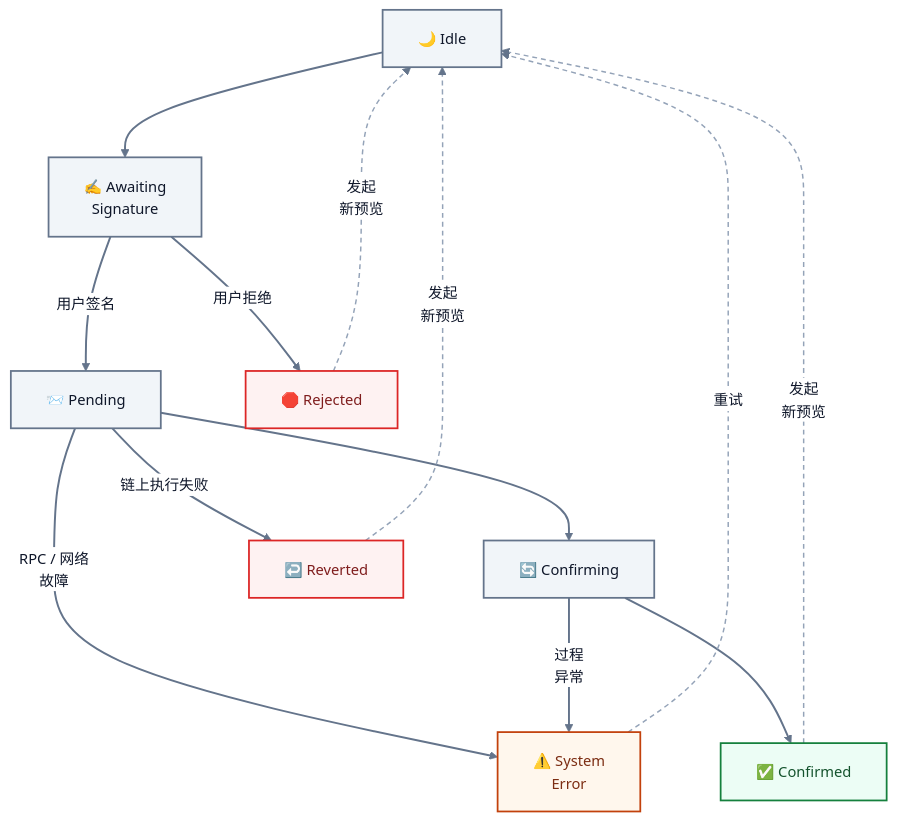
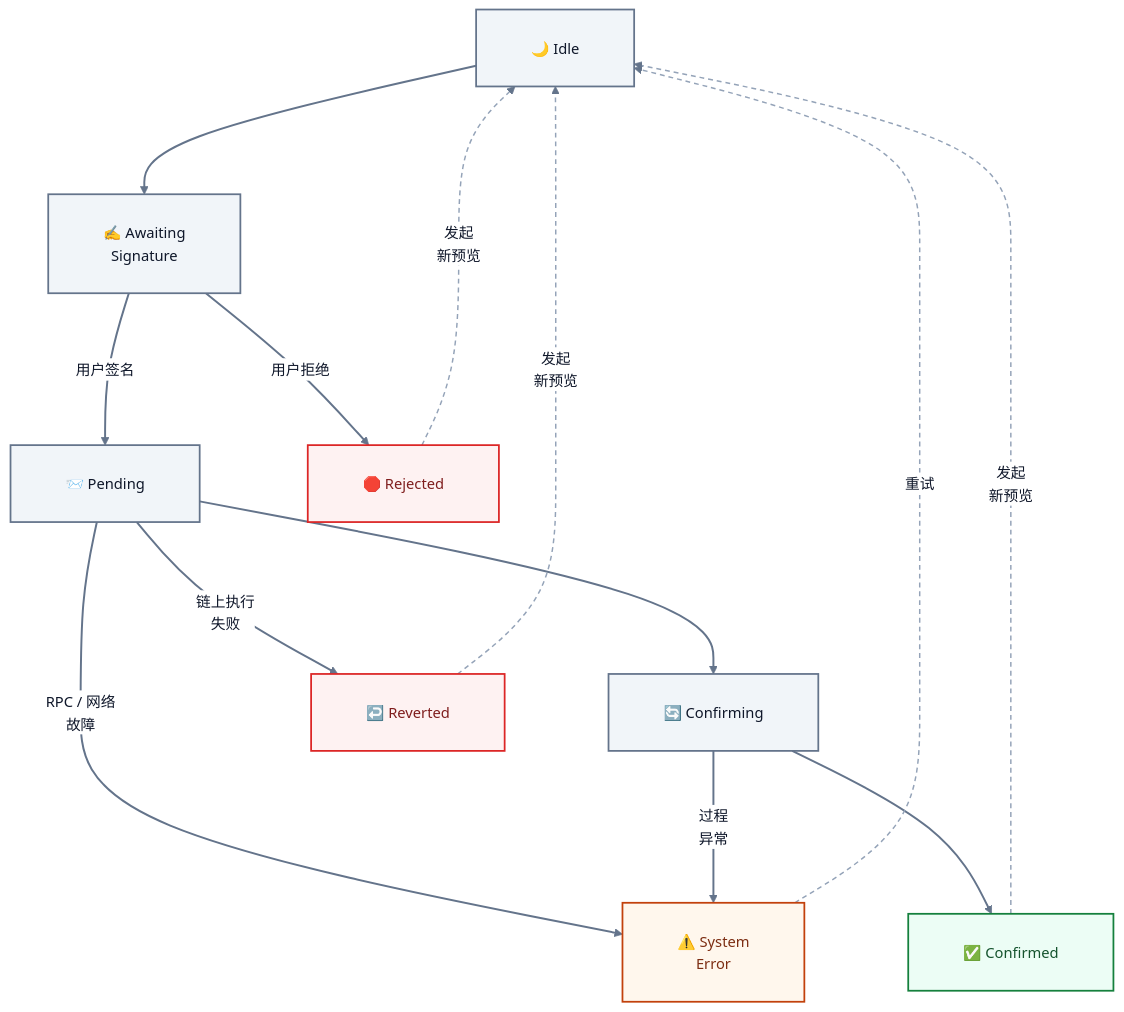
Before and after one commit to sunshineluyao/Moss-Mcp-Transaction: the seventh of 8 diagrams in README.md, drawn with Mermaid. The commit also changed other lines of this file, not shown here.

Commit message:
Improve readability across all Mermaid diagrams

````diff
--- a/README.md
+++ b/README.md
@@ -722,30 +722,30 @@
 ```mermaid
-%%{init: {'theme':'base','flowchart': {'htmlLabels': true, 'nodeSpacing': 72, 'rankSpacing': 92, 'curve': 'basis', 'padding': 18},'themeVariables': {'fontFamily':'Inter, Segoe UI, sans-serif','fontSize':'15px','primaryTextColor':'#0f172a','lineColor':'#64748b','clusterBkg':'#f8fafc','clusterBorder':'#cbd5e1','edgeLabelBackground':'#ffffff','primaryBorderColor':'#2563eb','primaryColor':'#eff6ff'}}}%%
+%%{init: {'theme':'base','flowchart': {'htmlLabels': true, 'nodeSpacing': 96, 'rankSpacing': 110, 'curve': 'basis', 'padding': 28, 'diagramPadding': 24, 'wrappingWidth': 260},'themeVariables': {'fontFamily':'Inter, Segoe UI, sans-serif','fontSize':'15px','primaryTextColor':'#0f172a','lineColor':'#64748b','clusterBkg':'#f8fafc','clusterBorder':'#cbd5e1','edgeLabelBackground':'#ffffff','primaryBorderColor':'#2563eb','primaryColor':'#eff6ff'}}}%%
 flowchart TB
   Idle["🌙 Idle"] --> Awaiting["✍️ Awaiting<br/>Signature"]
   Awaiting -->|用户签名| Pending["📨 Pending"]
   Awaiting -->|用户拒绝| Rejected["🛑 Rejected"]
 
   Pending --> Confirming["🔄 Confirming"]
   Confirming --> Confirmed["✅ Confirmed"]
-  Pending -->|链上执行失败| Reverted["↩️ Reverted"]
+  Pending -->|链上执行<br/>失败| Reverted["↩️ Reverted"]
   Pending -->|RPC / 网络<br/>故障| SystemError["⚠️ System<br/>Error"]
   Confirming -->|过程<br/>异常| SystemError
 
   Rejected -.->|发起<br/>新预览| Idle
   Reverted -.->|发起<br/>新预览| Idle
   SystemError -.->|重试| Idle
   Confirmed -.->|发起<br/>新预览| Idle
 
   classDef neutral fill:#f1f5f9,stroke:#64748b,stroke-width:1.8px,color:#0f172a;
   classDef success fill:#ecfdf5,stroke:#15803d,stroke-width:1.8px,color:#14532d;
   classDef danger fill:#fef2f2,stroke:#dc2626,stroke-width:1.8px,color:#7f1d1d;
   classDef warn fill:#fff7ed,stroke:#c2410c,stroke-width:1.8px,color:#7c2d12;
 
   class Idle,Awaiting,Pending,Confirming neutral;
   class Confirmed success;
   class Rejected,Reverted danger;
   class SystemError warn;
   linkStyle 8,9,10,11 stroke:#94a3b8,stroke-width:1.5px,stroke-dasharray:5 4;
   linkStyle default stroke:#64748b,stroke-width:2px;
 ```
````
